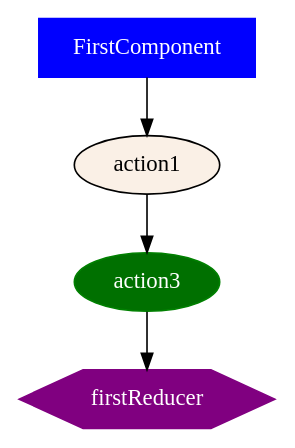
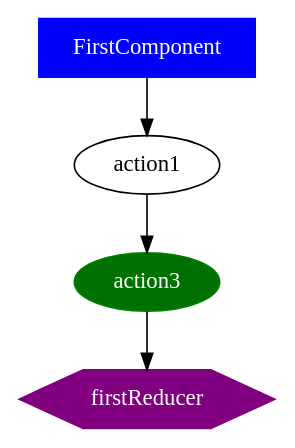
One commit to ammarnajjar/ngrx-graph changed the diagram in docs/examples/case1/out/action3.dot. Above: the diagram before and after it, drawn with Graphviz. The commit also changed 37 other files, not shown here.

```diff
--- a/docs/examples/case1/out/action3.dot
+++ b/docs/examples/case1/out/action3.dot
@@ -1,9 +1,9 @@
 digraph {
 FirstComponent [shape="box", color=blue, fillcolor=blue, fontcolor=white, style=filled]
-action1 [fillcolor=linen, style=filled]
+action1
 action3 [color=green, fillcolor="#007000", fontcolor=white, style=filled]
 firstReducer [shape="hexagon", color=purple, fillcolor=purple, fontcolor=white, style=filled]
 FirstComponent -> action1
 action3 -> firstReducer
 action1 -> action3
 }
```
